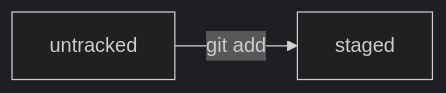
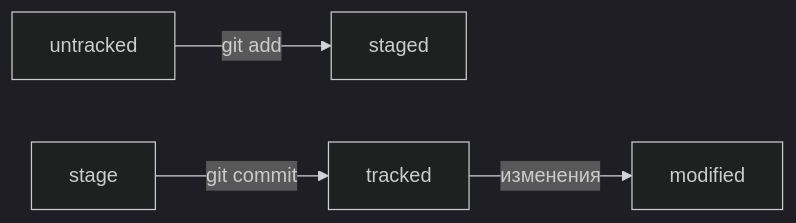
The diagram in README.md (Tikhovskoy/-Git), drawn with Mermaid (dark theme) before and after one commit. The commit also changed other lines of this file, not shown here.

Commit message:
дополнил схему

````diff
--- a/README.md
+++ b/README.md
@@ -47,4 +56,9 @@
 ```mermaid
 graph LR;
 untracked -- "git add"--> staged
+stage -- "git commit"--> tracked
+tracked -- "изменения"--> modified
+
+%% при любом изменении файла `tracked` он становится `modified` ,но при этом остается `tracked`.
+ 
 ```
````
